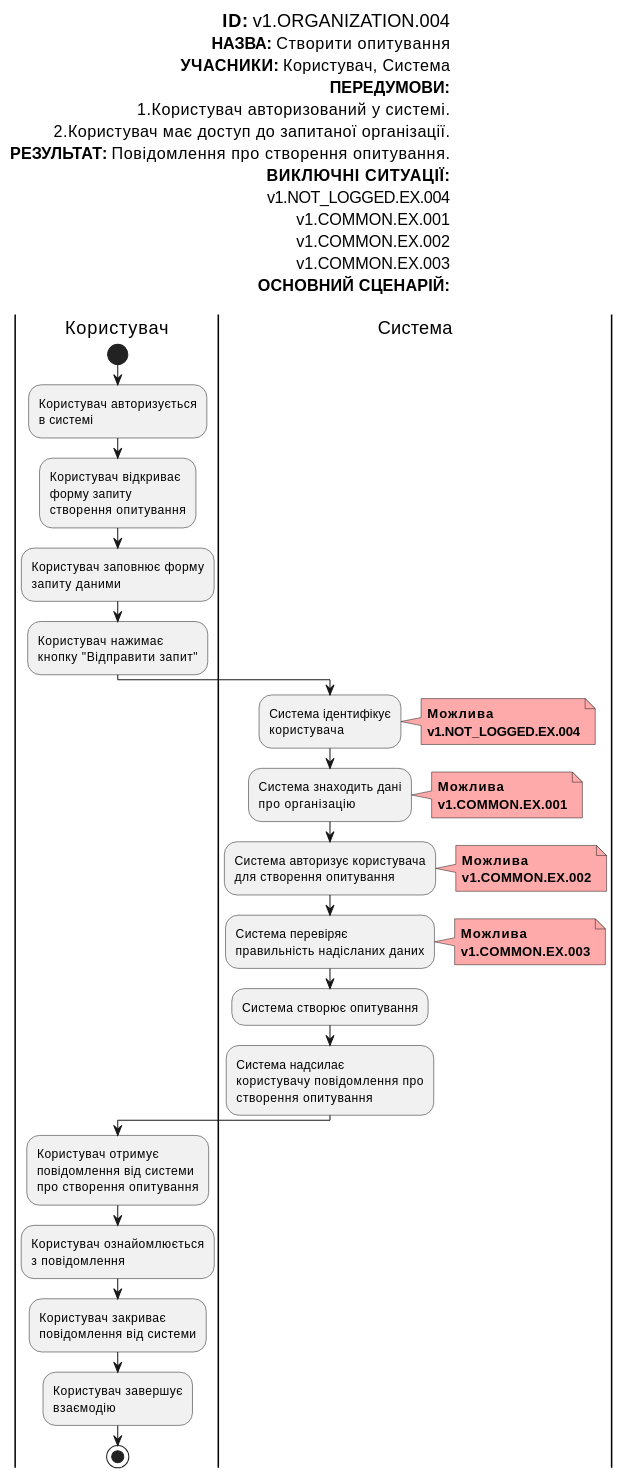
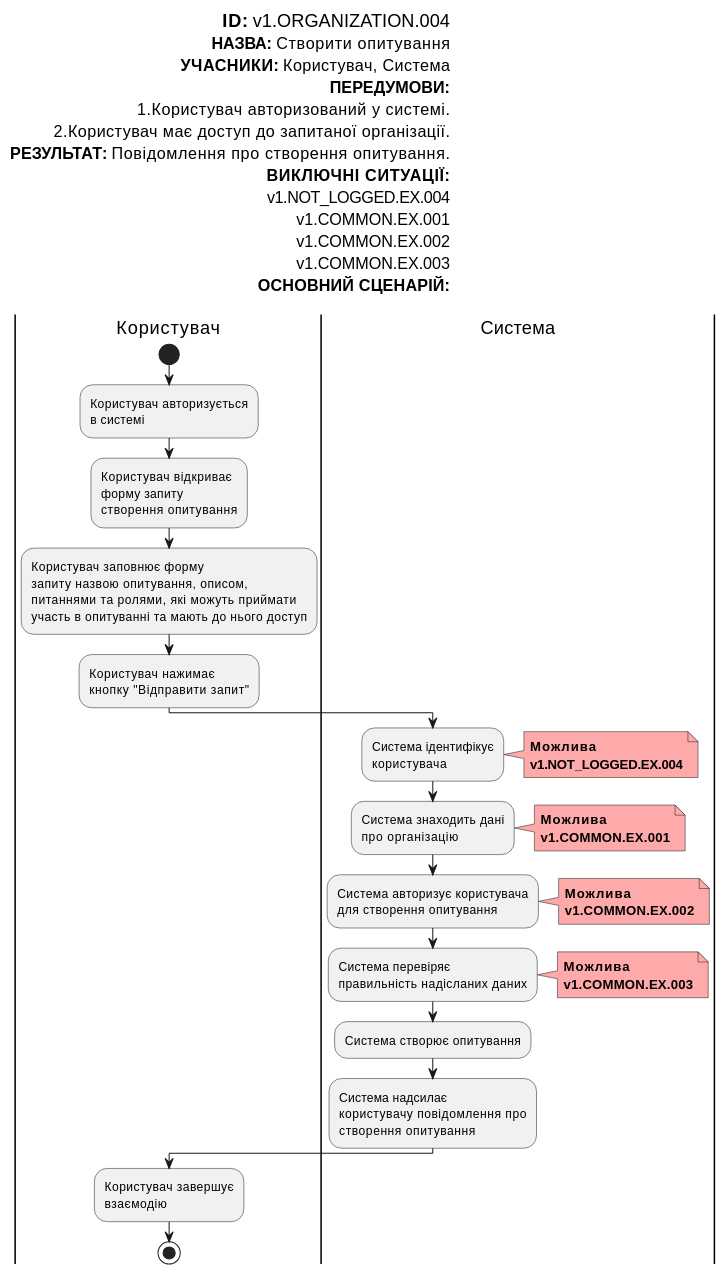
The ninth of 18 diagrams in docs/use cases/README.md (Znskiy/survey-expert), drawn with PlantUML before and after one commit. The commit also changed other lines of this file, not shown here.

```diff
--- a/docs/use cases/README.md
+++ b/docs/use cases/README.md
@@ -519,7 +523,9 @@
           створення опитування;
   
           :Користувач заповнює форму
-          запиту даними;
+          запиту назвою опитування, описом,
+          питаннями та ролями, які можуть приймати
+          участь в опитуванні та мають до нього доступ;
   
           :Користувач нажимає
           кнопку "Відправити запит";
@@ -560,16 +566,6 @@
           створення опитування;
     
       |Користувач|
-          :Користувач отримує
-          повідомлення від системи
-          про створення опитування;
-    
-          :Користувач ознайомлюється
-          з повідомлення;
-  
-          :Користувач закриває
-          повідомлення від системи;
-  
           :Користувач завершує
           взаємодію;
   
```
